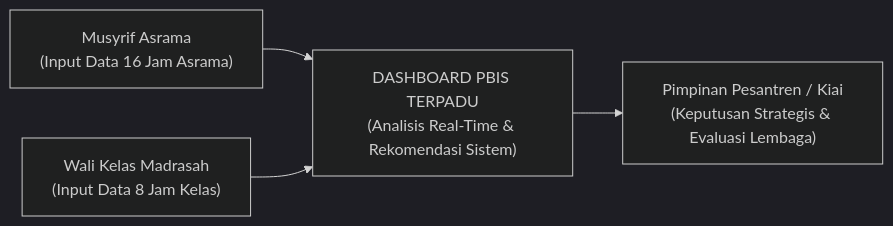
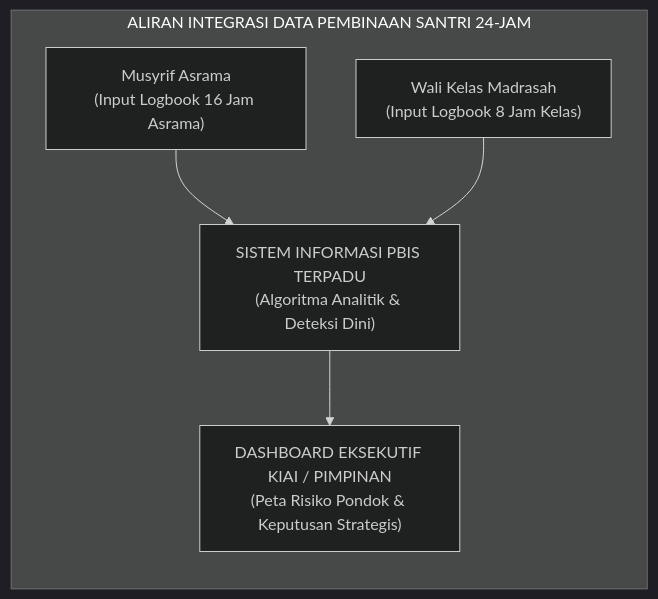
One commit to wandiapriliyandi/tumbuh changed the second of 2 diagrams in BOOK-SERIES/Volume-01/Bab-06-Triad-Pertumbuhan-Simbiotik-dan-Kontinuum-10-Tahap/03-Sistem-Lembaga-Bertumbuh-Berbasis-Data.md. Above: the diagram before and after it, drawn with Mermaid (dark theme). The commit also changed other lines of this file and 24 other files, not shown here.

Commit message:
feat(book-01): perkaya dan perdalam seluruh isi subbab bab 02 s.d. 07 dengan elaborasi komprehensif, analisis mendalam, dan diagram alur lengkap

````diff
--- a/BOOK-SERIES/Volume-01/Bab-06-Triad-Pertumbuhan-Simbiotik-dan-Kontinuum-10-Tahap/03-Sistem-Lembaga-Bertumbuh-Berbasis-Data.md
+++ b/BOOK-SERIES/Volume-01/Bab-06-Triad-Pertumbuhan-Simbiotik-dan-Kontinuum-10-Tahap/03-Sistem-Lembaga-Bertumbuh-Berbasis-Data.md
@@ -51,6 +56,8 @@
 ```mermaid
 graph LR
-    Musyrif["Musyrif Asrama<br/>(Input Data 16 Jam Asrama)"] --> Dashboard["DASHBOARD PBIS TERPADU<br/>(Analisis Real-Time & Rekomendasi Sistem)"]
-    Walas["Wali Kelas Madrasah<br/>(Input Data 8 Jam Kelas)"] --> Dashboard
-    Dashboard --> Pimpinan["Pimpinan Pesantren / Kiai<br/>(Keputusan Strategis & Evaluasi Lembaga)"]
+    subgraph AliranDataPBIS["ALIRAN INTEGRASI DATA PEMBINAAN SANTRI 24-JAM"]
+        Musyrif["Musyrif Asrama<br/>(Input Logbook 16 Jam Asrama)"] --> Cloud["SISTEM INFORMASI PBIS TERPADU<br/>(Algoritma Analitik & Deteksi Dini)"]
+        Walas["Wali Kelas Madrasah<br/>(Input Logbook 8 Jam Kelas)"] --> Cloud
+        Cloud --> DashboardKiai["DASHBOARD EKSEKUTIF KIAI / PIMPINAN<br/>(Peta Risiko Pondok & Keputusan Strategis)"]
+    end
 ```
````
